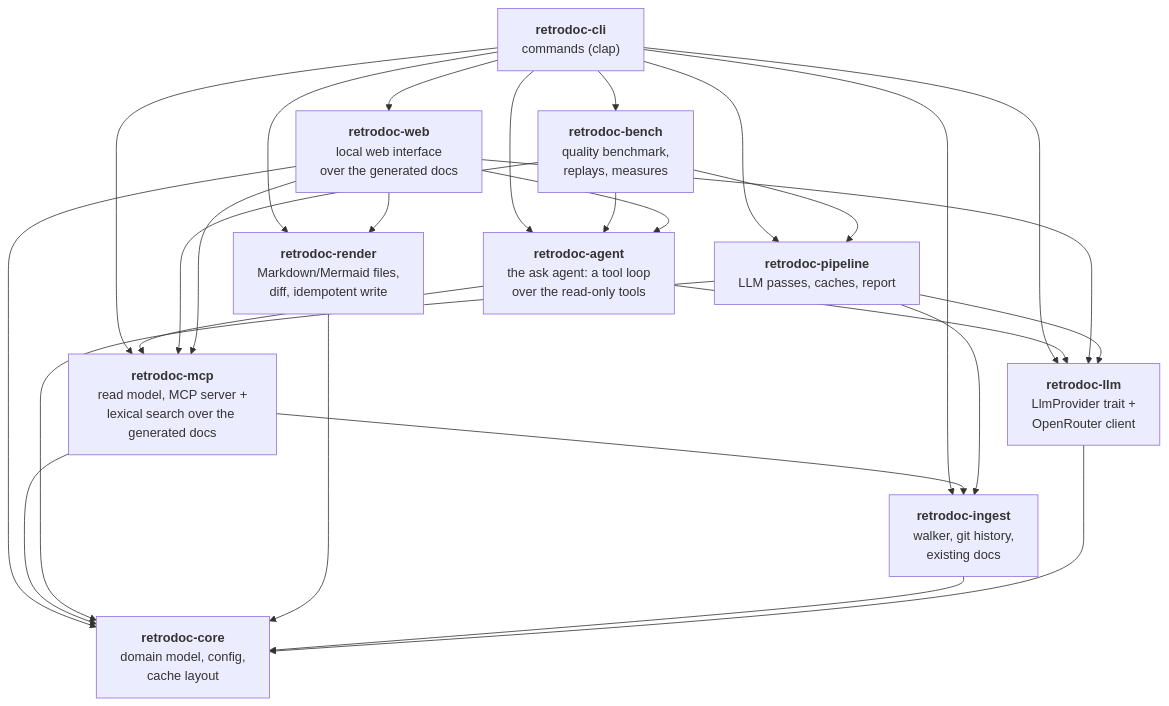
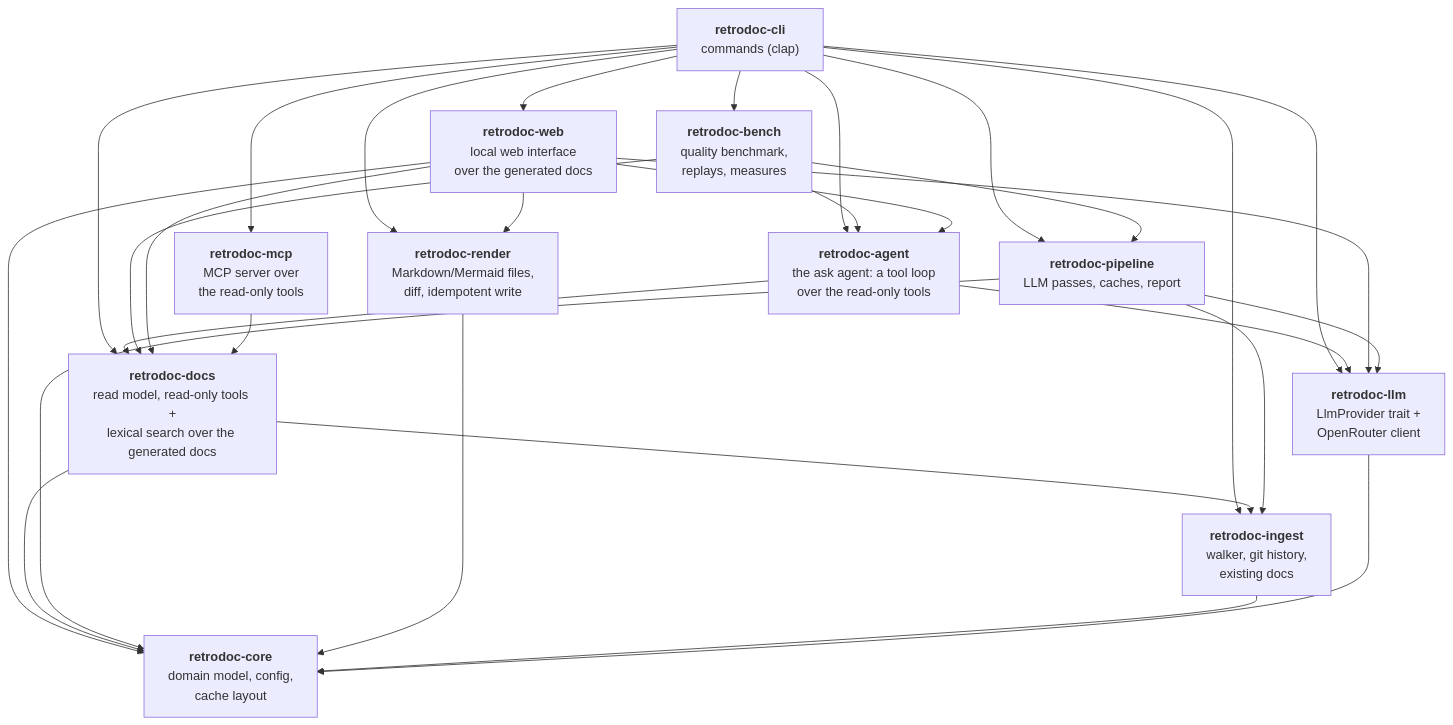
Before and after one commit to Electron-libre/RetroDoc: the second of 9 diagrams in docs/ARCHITECTURE.md, drawn with Mermaid. The commit also changed other lines of this file and 13 other files, not shown here.

````diff
--- a/docs/ARCHITECTURE.md
+++ b/docs/ARCHITECTURE.md
@@ -27,40 +27,43 @@
 ```mermaid
 flowchart TD
     cli["<b>retrodoc-cli</b><br/>commands (clap)"]
     pipe["<b>retrodoc-pipeline</b><br/>LLM passes, caches, report"]
     render["<b>retrodoc-render</b><br/>Markdown/Mermaid files,<br/>diff, idempotent write"]
     agent["<b>retrodoc-agent</b><br/>the ask agent: a tool loop<br/>over the read-only tools"]
-    mcp["<b>retrodoc-mcp</b><br/>read model, MCP server +<br/>lexical search over the generated docs"]
+    docs["<b>retrodoc-docs</b><br/>read model, read-only tools +<br/>lexical search over the generated docs"]
+    mcp["<b>retrodoc-mcp</b><br/>MCP server over<br/>the read-only tools"]
     bench["<b>retrodoc-bench</b><br/>quality benchmark,<br/>replays, measures"]
     web["<b>retrodoc-web</b><br/>local web interface<br/>over the generated docs"]
     ingest["<b>retrodoc-ingest</b><br/>walker, git history,<br/>existing docs"]
     llm["<b>retrodoc-llm</b><br/>LlmProvider trait +<br/>OpenRouter client"]
     core["<b>retrodoc-core</b><br/>domain model, config,<br/>cache layout"]
 
     cli --> pipe
     cli --> render
     cli --> ingest
     cli --> llm
+    cli --> docs
     cli --> mcp
     cli --> web
     cli --> bench
     cli --> agent
-    agent --> mcp
+    agent --> docs
     agent --> llm
     bench --> pipe
     bench --> agent
-    bench --> mcp
+    bench --> docs
     web --> agent
     web --> llm
-    web --> mcp
+    web --> docs
     web --> render
     web --> core
-    mcp --> ingest
-    mcp --> core
+    mcp --> docs
+    docs --> ingest
+    docs --> core
     pipe --> ingest
     pipe --> llm
     pipe --> core
     render --> core
     ingest --> core
     llm --> core
 ```
````
